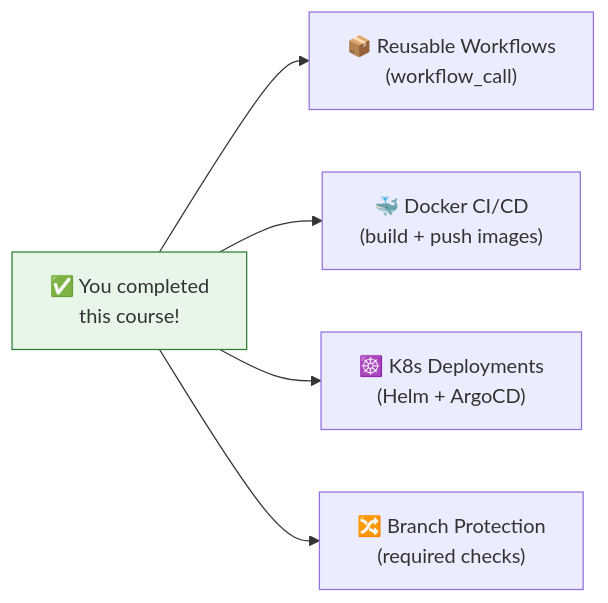
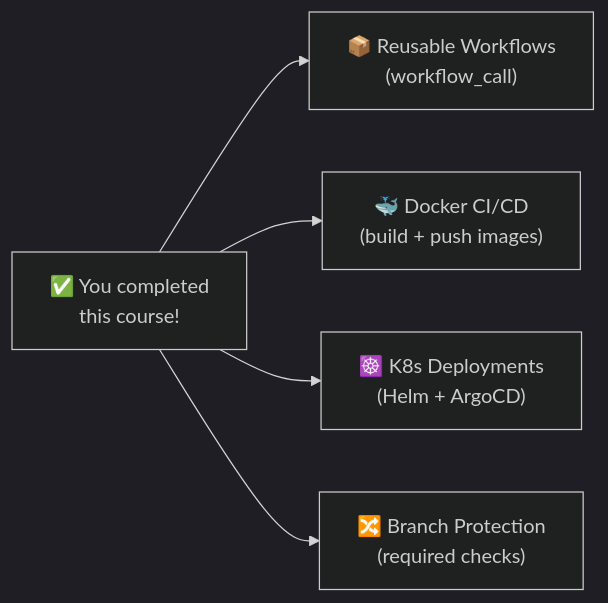
The third of 3 diagrams in 13-real-world-ci-cd/README.md (vishutyagi0210/github-ci-cd-with-labs), drawn with Mermaid before and after one commit. The commit also changed other lines of this file and 13 other files, not shown here.

Commit message:
fix: switch all mermaid diagrams to dark theme for better readability

````diff
--- a/13-real-world-ci-cd/README.md
+++ b/13-real-world-ci-cd/README.md
@@ -183,9 +176,9 @@
 ```mermaid
+%%{init: {"theme": "dark"}}%%
 graph LR
     NOW["✅ You completed<br/>this course!"] --> NEXT1["📦 Reusable Workflows<br/>(workflow_call)"]
     NOW --> NEXT2["🐳 Docker CI/CD<br/>(build + push images)"]
     NOW --> NEXT3["☸️ K8s Deployments<br/>(Helm + ArgoCD)"]
     NOW --> NEXT4["🔀 Branch Protection<br/>(required checks)"]
 
-    style NOW fill:#e8f5e9,stroke:#2e7d32
 ```
````
